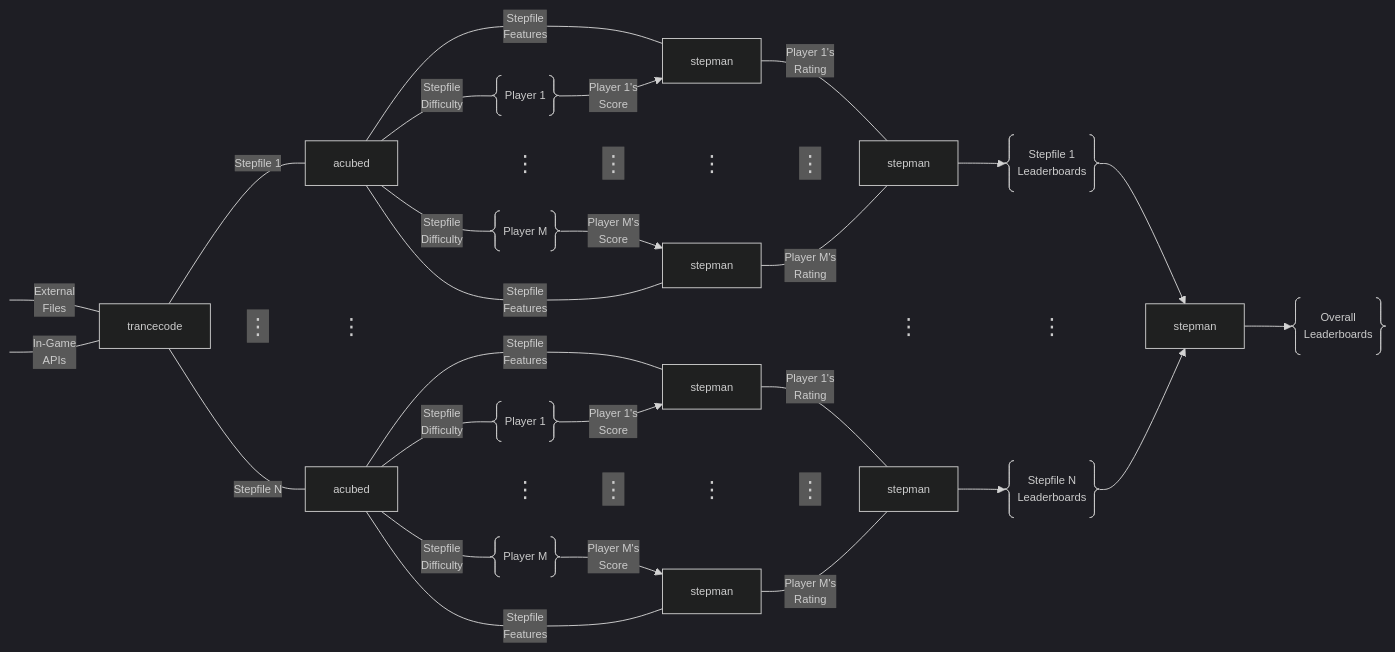
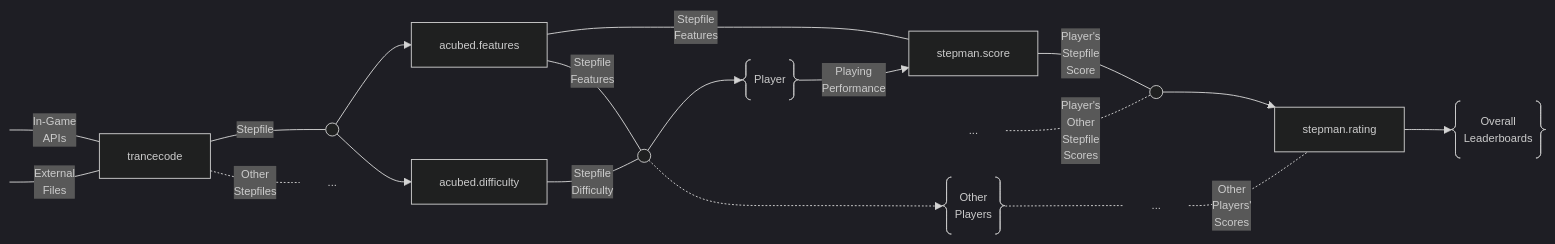
Before and after one commit to stepmanai/.github: the diagram in profile/README.md, drawn with Mermaid.

````diff
--- a/profile/README.md
+++ b/profile/README.md
@@ -65,103 +65,60 @@
     'theme': 'dark',
     'themeVariables': {
       'fontFamily': 'courier',
-      'fontSize': '12px',
-      'secondaryColor': '#006100'
+      'fontSize': '12px'
     }
   }
 }%%
 
 flowchart LR
 
+D1 ---|Player's
+Stepfile
+Score| R@{shape: sm-circ} --> D
+
+D3["..."] -.-|Player's
+Other
+Stepfile
+Scores| R;
+
+F2 -.-> H@{shape: braces, label: "Other
+Players"} -.- D2["..."]
+
+D@{ label: "stepman.rating" } --> G@{shape: braces, label: "Overall
+Leaderboards"};
+C@{ label: "acubed.features" }---|"Stepfile
+Features"|F2@{shape: sm-circ} -->F;
+B ---|Stepfile| P@{shape: sm-circ} --> C;
+P --> C1@{ label: "acubed.difficulty" }---|"Stepfile
+Difficulty"|F2@{shape: sm-circ}
+
+C---|"Stepfile
+Features"|D1
+
+A4[ ]---|"In-Game
+APIs"|B;
 A1[ ]---|"External
 Files"|B@{label: "trancecode" };
-A4[ ]---|"In-Game
-APIs"|B;
 
-B ---|"Stepfile 1"| C@{ label: "acubed" };
-C---|"Stepfile
-Features"|D1@{ label: "stepman" };
-C---|"Stepfile
-Difficulty"|F@{ shape: braces, label: "Player 1" };
-F -->|Player 1's
-Score|D1;
-D1 ---|Player 1's
-Rating| D@{ label: "stepman" };
-D --> G@{shape: braces, label: "Stepfile 1
-Leaderboards"};
+B -.-|Other
+Stepfiles| D4["..."];
 
-C ~~~ F3@{ label: "⋮" } ~~~ |⋮| D3["⋮"] ~~~ |⋮| D@{ label: "stepman" };
+F@{shape: braces, label: "Player"} -->|Playing
+Performance|D1@{ label: "stepman.score" };
 
-C---|"Stepfile
-Difficulty"|F2@{ shape: braces, label: "Player M" };
-F2 -->|Player M's
-Score|D2;
-C---|"Stepfile
-Features"|D2@{ label: "stepman" };
-D2 ---|Player M's
-Rating| D@{ label: "stepman" };
-
-B ~~~|⋮| C33["⋮"]
-
-B ---|"Stepfile N"| C11@{ label: "acubed" };
-C11---|"Stepfile
-Features"|D111@{ label: "stepman" };
-C11---|"Stepfile
-Difficulty"|F11@{ shape: braces, label: "Player 1" };
-F11 -->|Player 1's
-Score|D111;
-D111 ---|Player 1's
-Rating| D11@{ label: "stepman" };
-D11 --> G11@{shape: braces, label: "Stepfile N
-Leaderboards"};
-
-C11 ~~~ F311@{ label: "⋮" } ~~~ |⋮| D311["⋮"] ~~~ |⋮| D11@{ label: "stepman" };
-
-C11---|"Stepfile
-Difficulty"|F211@{ shape: braces, label: "Player M" };
-F211 -->|Player M's
-Score|D211;
-C11---|"Stepfile
-Features"|D211@{ label: "stepman" };
-D211 ---|Player M's
-Rating| D11@{ label: "stepman" };
-
-G--> H1@{ label: "stepman" }--> H@{ shape: braces, label: "Overall
-Leaderboards" }
-Q["⋮"]~~~P["⋮"]~~~H1
-G11--> H1
+D2-.-|Other 
+Players'
+Scores|D;
 
 click B "https://github.com/stepmanai/trancecode";
 click C "https://github.com/stepmanai/acubed";
+click C1 "https://github.com/stepmanai/acubed";
 click D1 "https://github.com/stepmanai/stepman";
-click D2 "https://github.com/stepmanai/stepman";
 click D "https://github.com/stepmanai/stepman";
-click C11 "https://github.com/stepmanai/acubed";
-click D111 "https://github.com/stepmanai/stepman";
-click D211 "https://github.com/stepmanai/stepman";
-click D11 "https://github.com/stepmanai/stepman";
-click H1 "https://github.com/stepmanai/stepman";
 style A1 height:0px;
 style A4 height:0px;
+style D2 height:0px;
 style D3 height:0px;
-style F3 height:0px;
-style Q height:0px;
-style P height:0px;
-classDef test font-size:24px
-class F3 test
-class D3 test
-class C33 test
-class Q test
-class P test
-style D311 height:0px;
-style F311 height:0px;
-linkStyle 9 font-size:24px
-linkStyle 10 font-size:24px
-class F311 test
-class D311 test
-linkStyle 23 font-size:24px
-linkStyle 24 font-size:24px
-style C33 height:0px;
-linkStyle 15 font-size:24px
+style D4 height:0px;
 
 ``` 
````
